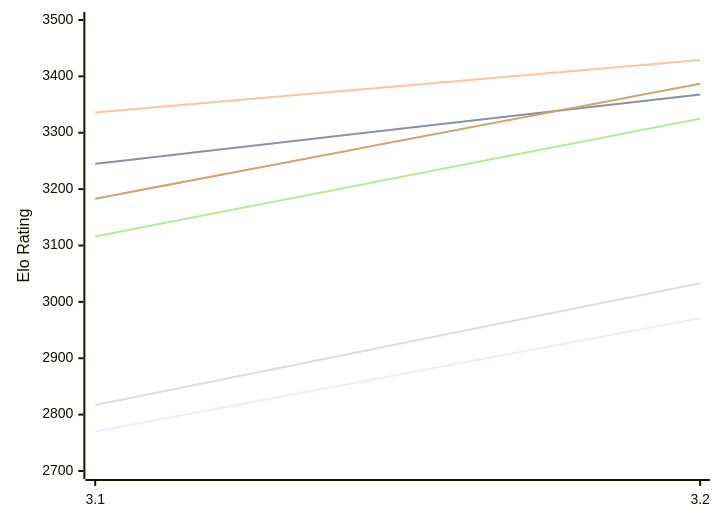
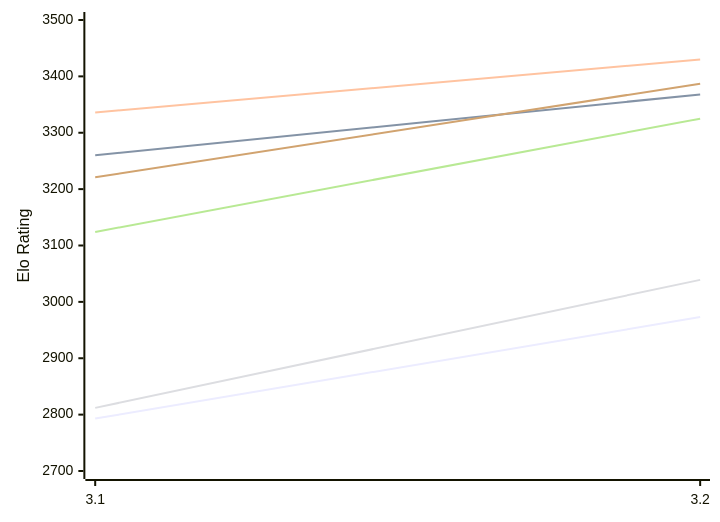
Before and after one commit to computer-chess-index/cci: the first of 2 diagrams in engines/Thrawn.md, drawn with Mermaid. The commit also changed other lines of this file, not shown here.

Commit message:
Update CCI Ratings (ELO VLTC) - 2026-11-17

````diff
--- a/engines/Thrawn.md
+++ b/engines/Thrawn.md
@@ -52,12 +52,12 @@
 ```mermaid
 %%{init: {"theme":"base","themeVariables":{"seriesColors:['#a3a3a3','#222221','#faa371']}}}%%
 xychart-beta
   x-axis ["3.1", "3.2"]
   y-axis "Elo Rating" 2700 --> 3500
-  line "E1: STC (8.0+0.08s)" [2770, 2971]
-  line "E1: LTC (60.0+0.60s)" [3245, 3368]
-  line "E1: VLTC (2m24s+1.12s)" [3336, 3429]
-  line "P1: STC (8.0+0.08s)" [2817, 3033]
-  line "P1: LTC (60.0+0.60s)" [3116, 3325]
-  line "P1: VLTC (2m24s+1.12s)" [3183, 3387]
+  line "E1: STC (8.0+0.08s)" [2793, 2973]
+  line "E1: LTC (60.0+0.60s)" [3260, 3368]
+  line "E1: VLTC (2m24s+1.12s)" [3336, 3430]
+  line "P1: STC (8.0+0.08s)" [2812, 3039]
+  line "P1: LTC (60.0+0.60s)" [3124, 3325]
+  line "P1: VLTC (2m24s+1.12s)" [3221, 3387]
 ```
````
